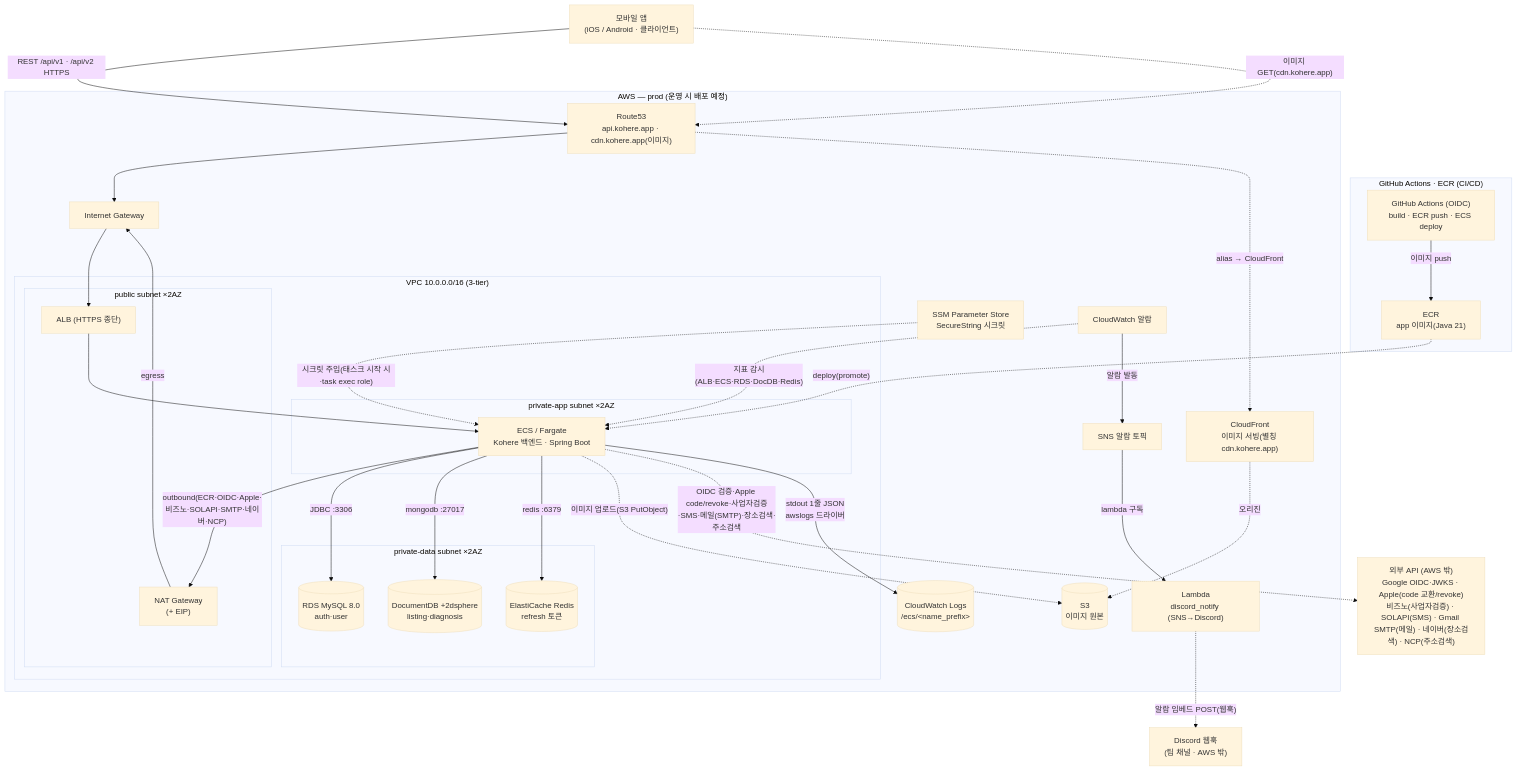
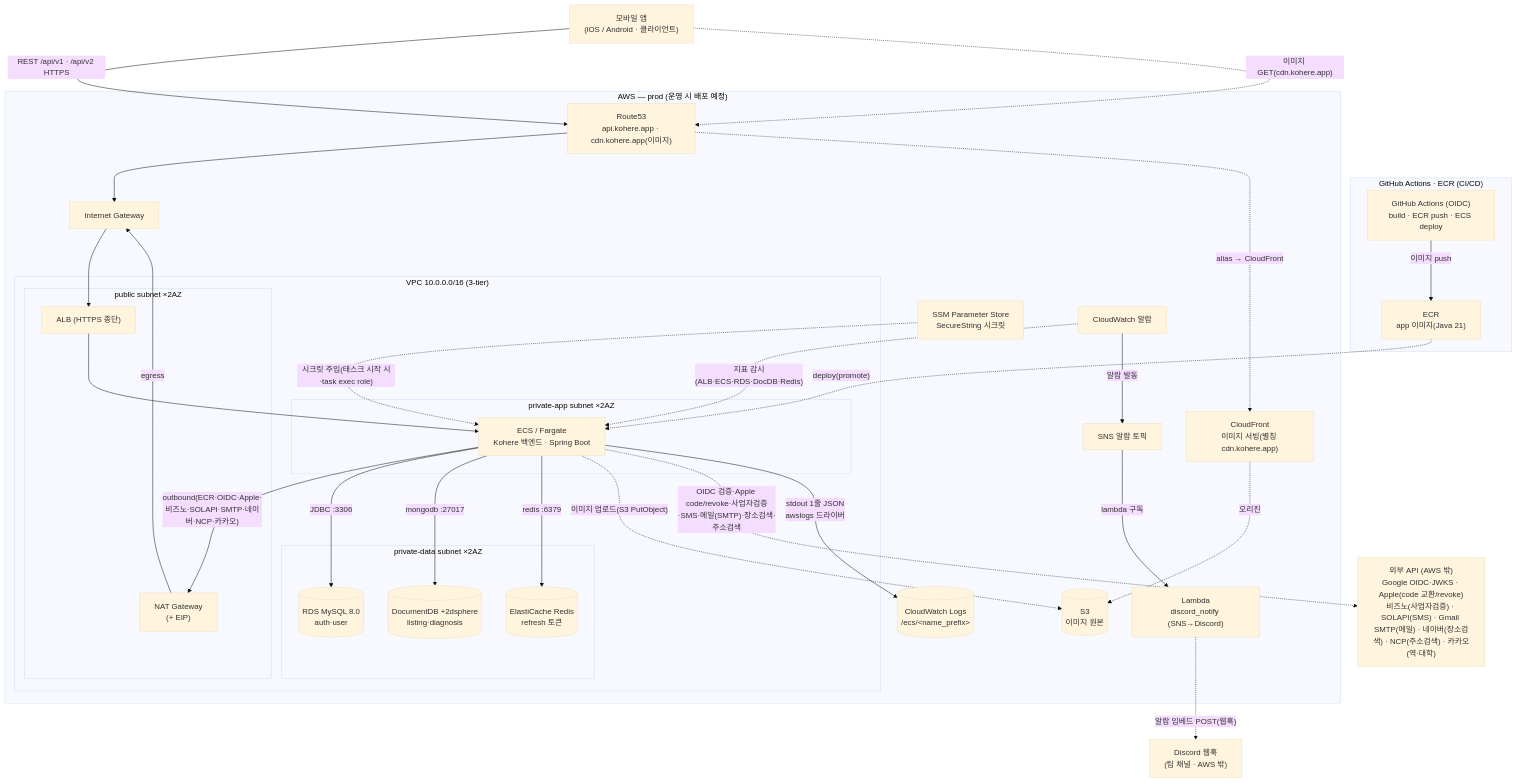
One commit to jameskim9509/Kohere-backend changed the fourth of 5 diagrams in docs/architecture/system-overview.md. Above: the diagram before and after it, drawn with Mermaid (base theme). The commit also changed other lines of this file and 7 other files, not shown here.

````diff
--- a/docs/architecture/system-overview.md
+++ b/docs/architecture/system-overview.md
@@ -212,60 +214,60 @@
 ```mermaid
 flowchart TB
     APP["모바일 앱<br/>(iOS / Android · 클라이언트)"]
-    EXT["외부 API (AWS 밖)<br/>Google OIDC·JWKS · Apple(code 교환/revoke)<br/>비즈노(사업자검증) · SOLAPI(SMS) · Gmail SMTP(메일) · 네이버(장소검색) · NCP(주소검색)"]
+    EXT["외부 API (AWS 밖)<br/>Google OIDC·JWKS · Apple(code 교환/revoke)<br/>비즈노(사업자검증) · SOLAPI(SMS) · Gmail SMTP(메일) · 네이버(장소검색) · NCP(주소검색) · 카카오(역·대학)"]
     DISCORD["Discord 웹훅<br/>(팀 채널 · AWS 밖)"]
 
     subgraph CICD["GitHub Actions · ECR (CI/CD)"]
       GHA["GitHub Actions (OIDC)<br/>build · ECR push · ECS deploy"]
       ECR["ECR<br/>app 이미지(Java 21)"]
     end
 
     subgraph AWS["AWS — prod (운영 시 배포 예정)"]
       R53["Route53<br/>api.kohere.app · cdn.kohere.app(이미지)"]
       CF["CloudFront<br/>이미지 서빙(별칭 cdn.kohere.app)"]
       S3IMG[("S3<br/>이미지 원본")]
       SSM["SSM Parameter Store<br/>SecureString 시크릿"]
       CW["CloudWatch 알람"]
       CWLOG[("CloudWatch Logs<br/>/ecs/&lt;name_prefix&gt;")]
       SNS["SNS 알람 토픽"]
       LMBD["Lambda<br/>discord_notify (SNS→Discord)"]
       IGW["Internet Gateway"]
       subgraph VPC["VPC 10.0.0.0/16 (3-tier)"]
         subgraph PUB["public subnet ×2AZ"]
           ALB["ALB (HTTPS 종단)"]
           NAT["NAT Gateway<br/>(+ EIP)"]
         end
         subgraph APPNET["private-app subnet ×2AZ"]
           FARGATE["ECS / Fargate<br/>Kohere 백엔드 · Spring Boot"]
         end
         subgraph DATANET["private-data subnet ×2AZ"]
           RDS[("RDS MySQL 8.0<br/>auth·user")]
           MONGO[("DocumentDB +2dsphere<br/>listing·diagnosis")]
           ELASTI[("ElastiCache Redis<br/>refresh 토큰")]
         end
       end
     end
 
     GHA -- "이미지 push" --> ECR
     ECR -. "deploy(promote)" .-> FARGATE
     APP -- "REST /api/v1 · /api/v2 HTTPS" --> R53
     R53 --> IGW
     IGW --> ALB
     ALB --> FARGATE
-    FARGATE -- "outbound(ECR·OIDC·Apple·비즈노·SOLAPI·SMTP·네이버·NCP)" --> NAT
+    FARGATE -- "outbound(ECR·OIDC·Apple·비즈노·SOLAPI·SMTP·네이버·NCP·카카오)" --> NAT
     NAT -- "egress" --> IGW
     SSM -. "시크릿 주입(태스크 시작 시·task exec role)" .-> FARGATE
     FARGATE -- "JDBC :3306" --> RDS
     FARGATE -- "mongodb :27017" --> MONGO
     FARGATE -- "redis :6379" --> ELASTI
     FARGATE -. "이미지 업로드(S3 PutObject)" .-> S3IMG
     CF -. "오리진" .-> S3IMG
     APP -. "이미지 GET(cdn.kohere.app)" .-> R53
     R53 -. "alias → CloudFront" .-> CF
     FARGATE -. "OIDC 검증·Apple code/revoke·사업자검증·SMS·메일(SMTP)·장소검색·주소검색" .-> EXT
     CW -. "지표 감시(ALB·ECS·RDS·DocDB·Redis)" .-> FARGATE
     FARGATE -- "stdout 1줄 JSON<br/>awslogs 드라이버" --> CWLOG
     CW -- "알람 발동" --> SNS
     SNS -- "lambda 구독" --> LMBD
     LMBD -. "알람 임베드 POST(웹훅)" .-> DISCORD
 ```
````
